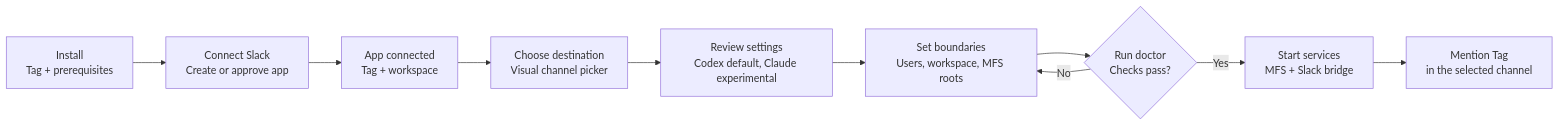
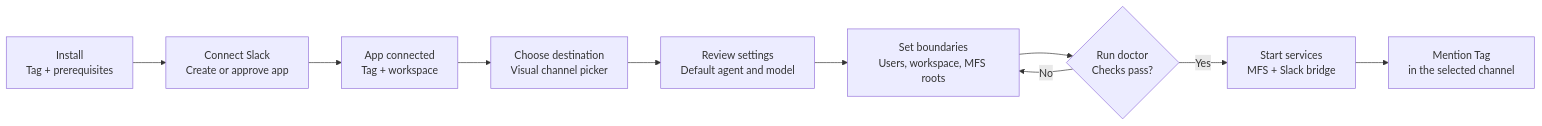
Before and after one commit to klovr-co/hover-tag: the third of 18 diagrams in docs/user-flows.md, drawn with Mermaid. The commit also changed other lines of this file and 34 other files, not shown here.

````diff
--- a/docs/user-flows.md
+++ b/docs/user-flows.md
@@ -119,16 +119,16 @@
 ```mermaid
 flowchart LR
     Install["Install<br/>Tag + prerequisites"]
     Slack["Connect Slack<br/>Create or approve app"]
     Connected["App connected<br/>Tag + workspace"]
     Channel["Choose destination<br/>Visual channel picker"]
-    Agent["Review settings<br/>Codex default, Claude experimental"]
+    Agent["Review settings<br/>Default agent and model"]
     Guardrails["Set boundaries<br/>Users, workspace, MFS roots"]
     Doctor{"Run doctor<br/>Checks pass?"}
     Start["Start services<br/>MFS + Slack bridge"]
     Test["Mention Tag<br/>in the selected channel"]
 
     Install --> Slack --> Connected --> Channel --> Agent --> Guardrails --> Doctor
     Doctor -->|No| Guardrails
     Doctor -->|Yes| Start --> Test
 ```
````
